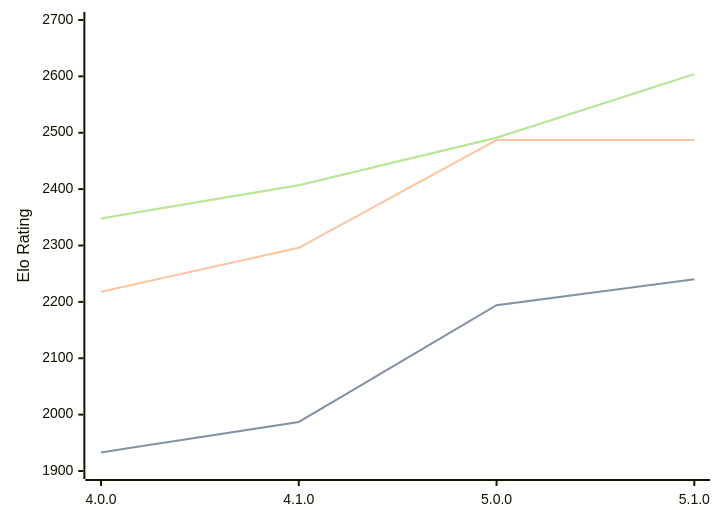
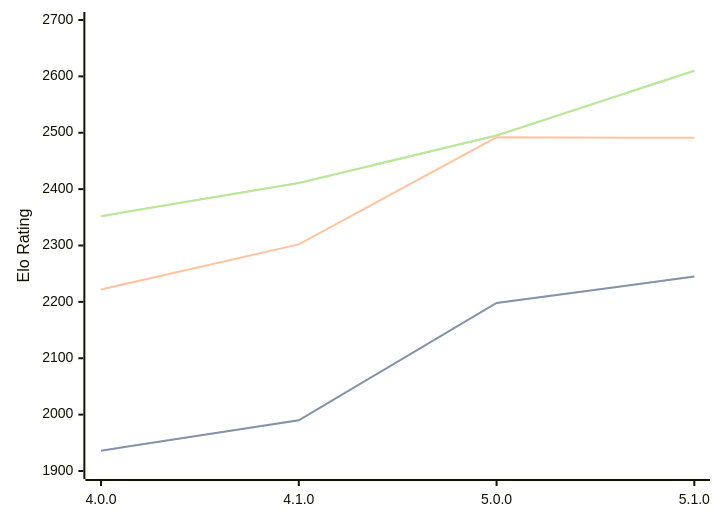
One commit to computer-chess-index/cci changed the diagram in engines/Aconcagua.md. Above: the diagram before and after it, drawn with Mermaid. The commit also changed other lines of this file, not shown here.

Commit message:
Update CCI Ratings (ELO VLTC) - 2026-04-18

````diff
--- a/engines/Aconcagua.md
+++ b/engines/Aconcagua.md
@@ -43,11 +43,11 @@
 ```mermaid
 %%{init: {"theme":"base","themeVariables":{"seriesColors:['#a3a3a3','#222221','#faa371']}}}%%
 xychart-beta
   x-axis ["4.0.0", "4.1.0", "5.0.0", "5.1.0"]
   y-axis "Elo Rating" 1900 --> 2700
-  line "STC (8.0+0.08s)" [1933, 1987, 2194, 2240]
-  line "STC (8.0+0.08s)" [1933, 1987, 2194, 2240]
-  line "LTC (60.0+0.60s)" [2218, 2296, 2487, 2487]
-  line "VLTC (2m24s+1.12s)" [2348, 2407, 2491, 2604]
-  line "VLTC (2m24s+1.12s)" [2348, 2407, 2491, 2604]
+  line "STC (8.0+0.08s)" [1936, 1990, 2198, 2245]
+  line "STC (8.0+0.08s)" [1936, 1990, 2198, 2245]
+  line "LTC (60.0+0.60s)" [2222, 2302, 2492, 2491]
+  line "VLTC (2m24s+1.12s)" [2352, 2411, 2495, 2610]
+  line "VLTC (2m24s+1.12s)" [2352, 2411, 2495, 2610]
 ```
````
